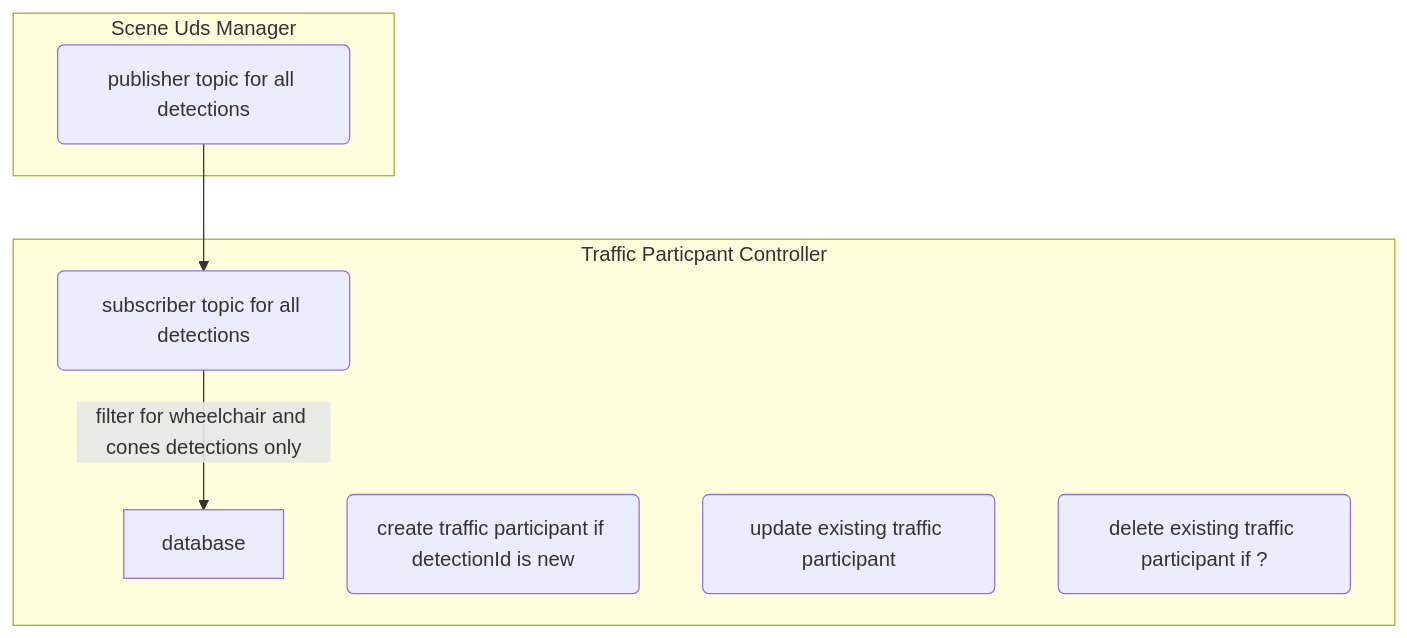
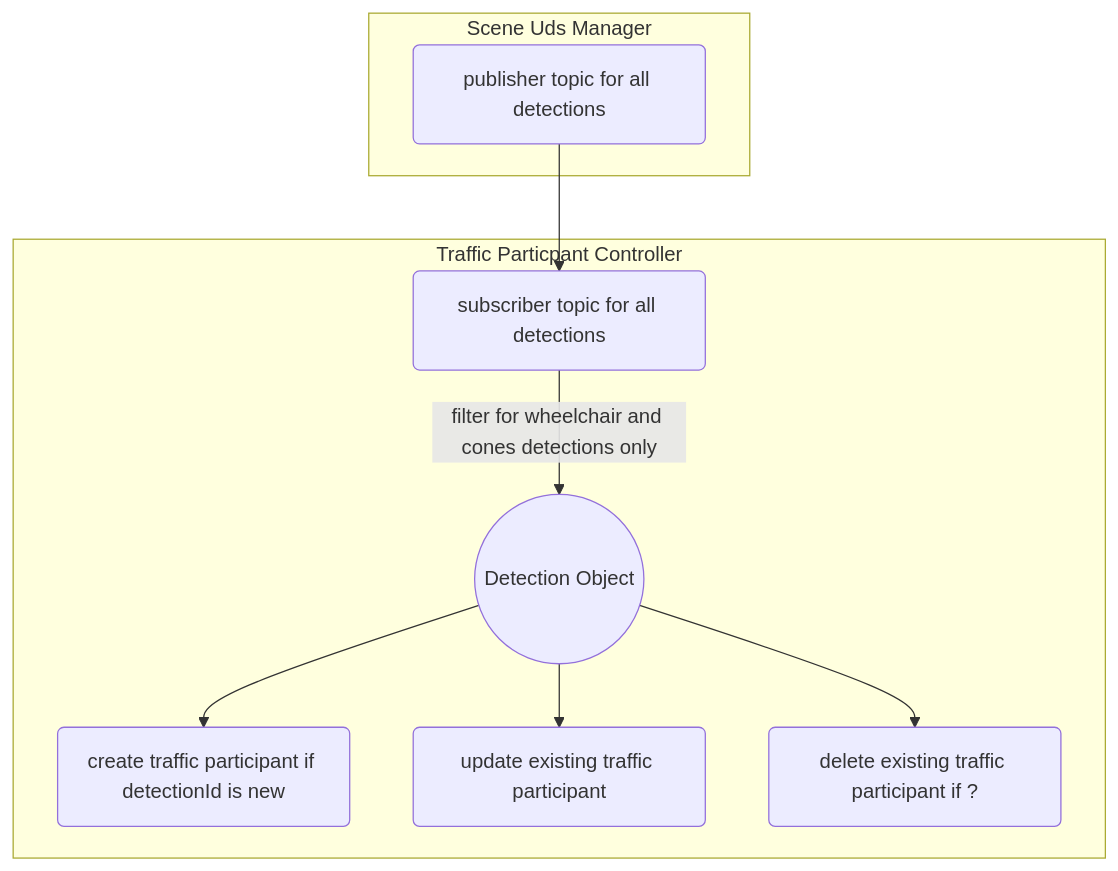
Before and after one commit to mxgrey/su_traffic_participant: the diagram in README.md, drawn with Mermaid.

````diff
--- a/README.md
+++ b/README.md
@@ -5,17 +5,17 @@
 ```mermaid
 graph TB
 
   Publisher --> Subscriber
   subgraph "Scene Uds Manager"
   Publisher(publisher topic for all detections)
   end
 
   subgraph "Traffic Particpant Controller"
   Subscriber(subscriber topic for all detections)
-  Subscriber -- filter for wheelchair and cones detections only --> database
-  Create(create traffic participant if detectionId is new)
-  Update(update existing traffic participant)
-  Delete(delete existing traffic participant if ?)
+  Subscriber -- filter for wheelchair and cones detections only --> Detection((Detection Object))
+  Detection --> Create(create traffic participant if detectionId is new)
+  Detection --> Update(update existing traffic participant)
+  Detection --> Delete(delete existing traffic participant if ?)
 
 end
 ```
````
